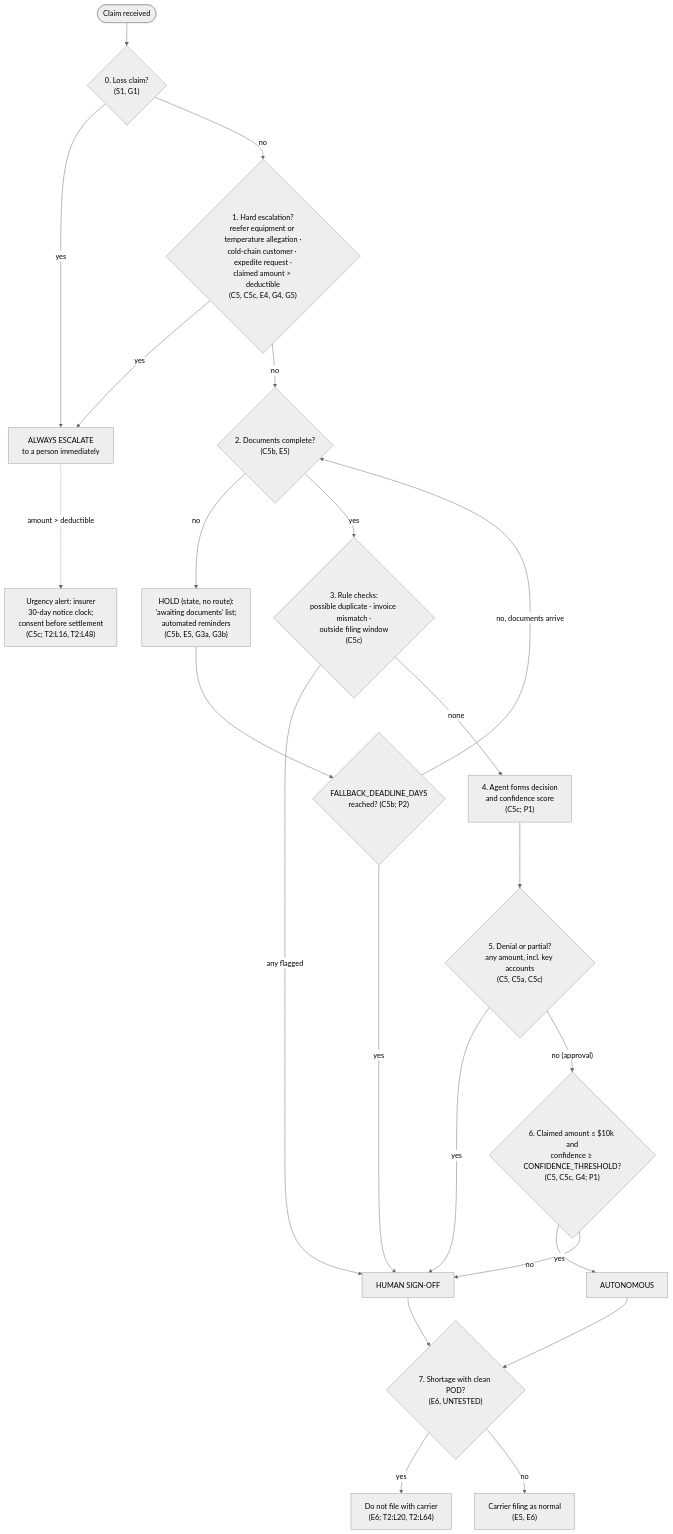
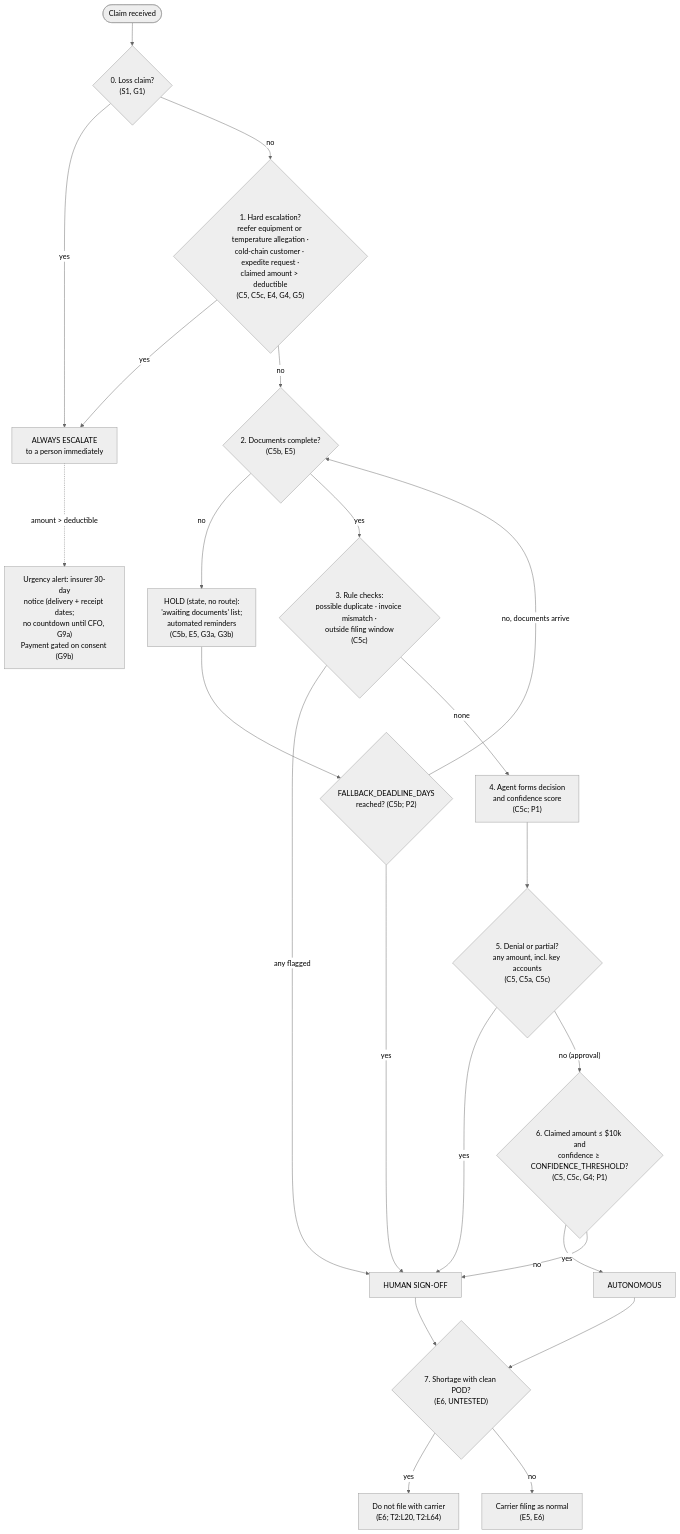
One commit to ahmadmadar/process-to-agent changed the diagram in engagement/02-redesign/decision-tree.md. Above: the diagram before and after it, drawn with Mermaid (neutral theme). The commit also changed other lines of this file and 8 other files, not shown here.

````diff
--- a/engagement/02-redesign/decision-tree.md
+++ b/engagement/02-redesign/decision-tree.md
@@ -19,25 +19,25 @@
 ```mermaid
 flowchart TD
     IN(["Claim received"]) --> S0{"0. Loss claim?<br/>(S1, G1)"}
     S0 -- yes --> ESC
     S0 -- no --> S1{"1. Hard escalation?<br/>reefer equipment or temperature allegation ·<br/>cold-chain customer · expedite request ·<br/>claimed amount > deductible<br/>(C5, C5c, E4, G4, G5)"}
     S1 -- yes --> ESC["ALWAYS ESCALATE<br/>to a person immediately"]
-    ESC -. "amount > deductible" .-> ALERT["Urgency alert: insurer<br/>30-day notice clock;<br/>consent before settlement<br/>(C5c; T2:L16, T2:L48)"]
+    ESC -. "amount > deductible" .-> ALERT["Urgency alert: insurer 30-day<br/>notice (delivery + receipt dates;<br/>no countdown until CFO, G9a)<br/>Payment gated on consent (G9b)"]
     S1 -- no --> S2{"2. Documents complete?<br/>(C5b, E5)"}
     S2 -- no --> HOLD["HOLD (state, no route):<br/>'awaiting documents' list;<br/>automated reminders<br/>(C5b, E5, G3a, G3b)"]
     HOLD --> S2D{"FALLBACK_DEADLINE_DAYS<br/>reached? (C5b; P2)"}
     S2D -- "no, documents arrive" --> S2
     S2D -- yes --> SIGN["HUMAN SIGN-OFF"]
     S2 -- yes --> S3{"3. Rule checks:<br/>possible duplicate · invoice mismatch ·<br/>outside filing window<br/>(C5c)"}
     S3 -- any flagged --> SIGN
     S3 -- none --> S4["4. Agent forms decision<br/>and confidence score<br/>(C5c; P1)"]
     S4 --> S5{"5. Denial or partial?<br/>any amount, incl. key accounts<br/>(C5, C5a, C5c)"}
     S5 -- yes --> SIGN
     S5 -- "no (approval)" --> S6{"6. Claimed amount ≤ $10k and<br/>confidence ≥ CONFIDENCE_THRESHOLD?<br/>(C5, C5c, G4; P1)"}
     S6 -- yes --> AUTO["AUTONOMOUS"]
     S6 -- no --> SIGN
     AUTO --> S7{"7. Shortage with clean POD?<br/>(E6, UNTESTED)"}
     SIGN --> S7
     S7 -- yes --> NOFILE["Do not file with carrier<br/>(E6; T2:L20, T2:L64)"]
     S7 -- no --> FILE["Carrier filing as normal<br/>(E5, E6)"]
 ```
````
